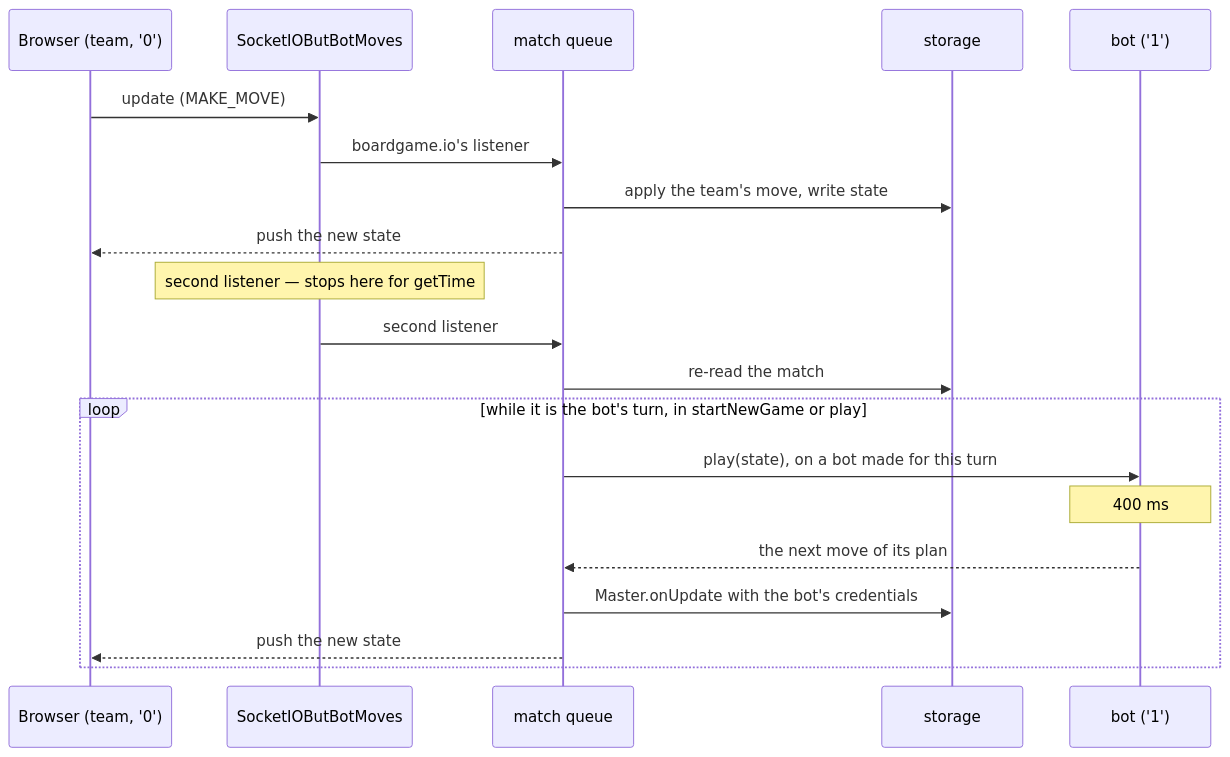
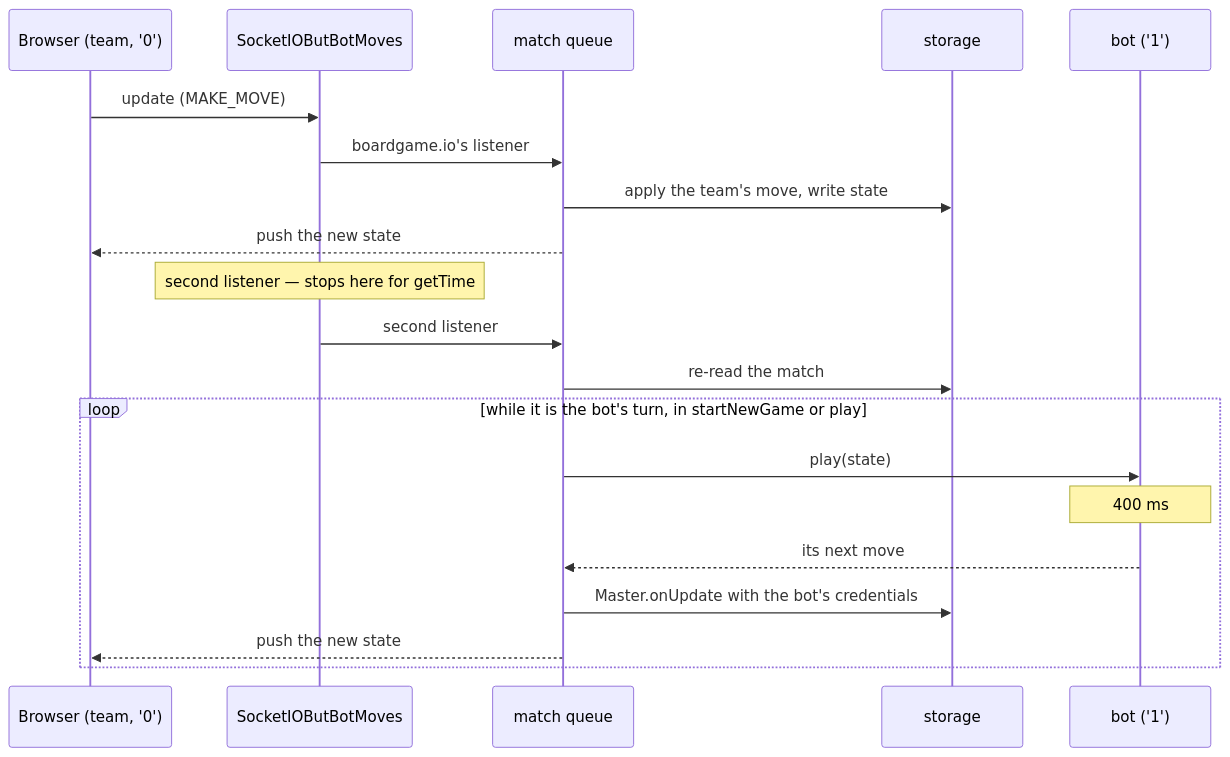
Before and after one commit to a-gondolkodas-orome/durer-aion: the diagram in docs/ARCHITECTURE.md, drawn with Mermaid. The commit also changed other lines of this file and 9 other files, not shown here.

First line of the commit message:
Have a strategy name one move per ask, keeping no plan in the bot

````diff
--- a/docs/ARCHITECTURE.md
+++ b/docs/ARCHITECTURE.md
@@ -98,22 +98,22 @@
 ```mermaid
 sequenceDiagram
     participant B as Browser (team, '0')
     participant T as SocketIOButBotMoves
     participant Q as match queue
     participant S as storage
     participant Bot as bot ('1')
     B->>T: update (MAKE_MOVE)
     T->>Q: boardgame.io's listener
     Q->>S: apply the team's move, write state
     Q-->>B: push the new state
     Note over T: second listener — stops here for getTime
     T->>Q: second listener
     Q->>S: re-read the match
     loop while it is the bot's turn, in startNewGame or play
-        Q->>Bot: play(state), on a bot made for this turn
+        Q->>Bot: play(state)
         Note over Bot: 400 ms
-        Bot-->>Q: the next move of its plan
+        Bot-->>Q: its next move
         Q->>S: Master.onUpdate with the bot's credentials
         Q-->>B: push the new state
     end
 ```
````
